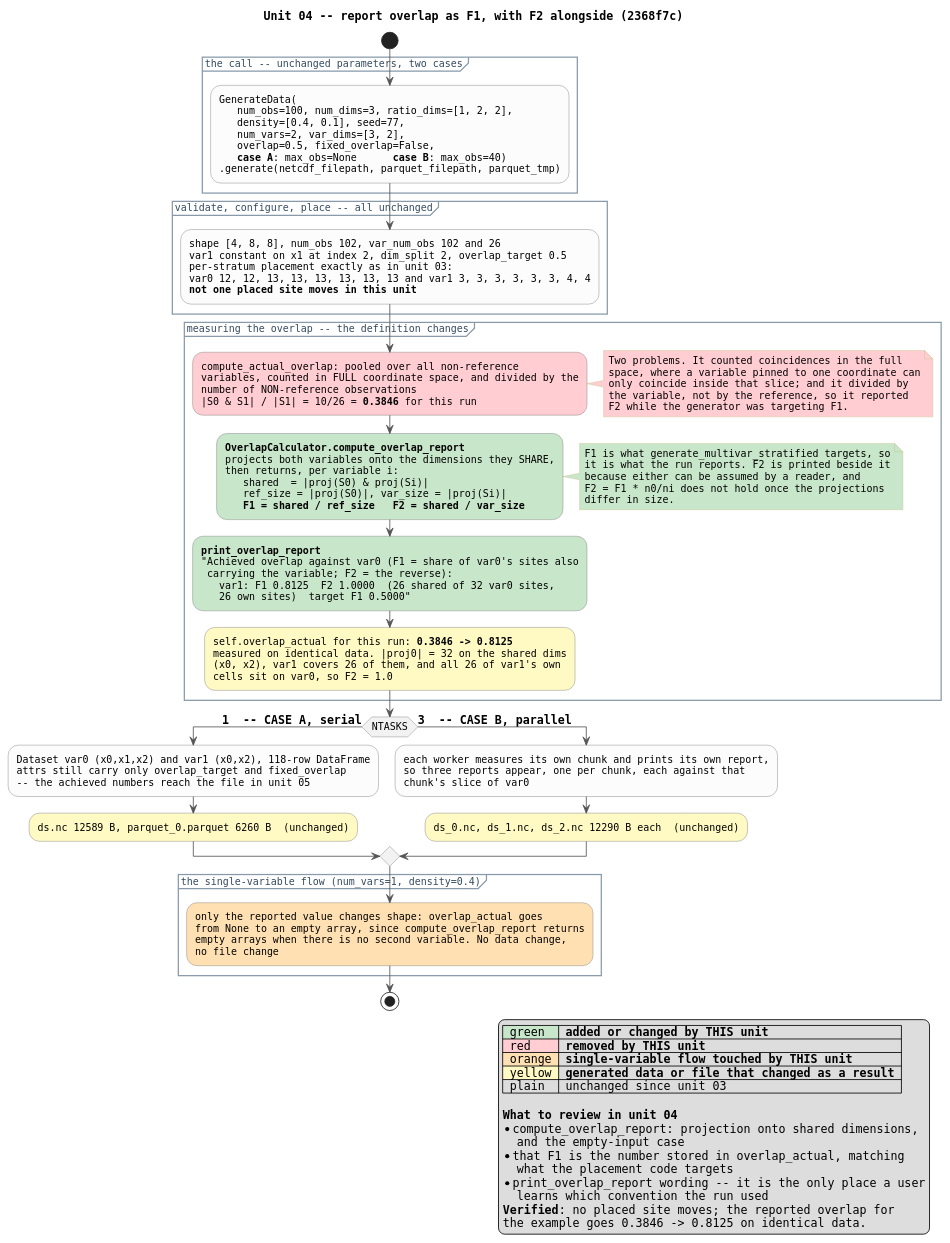
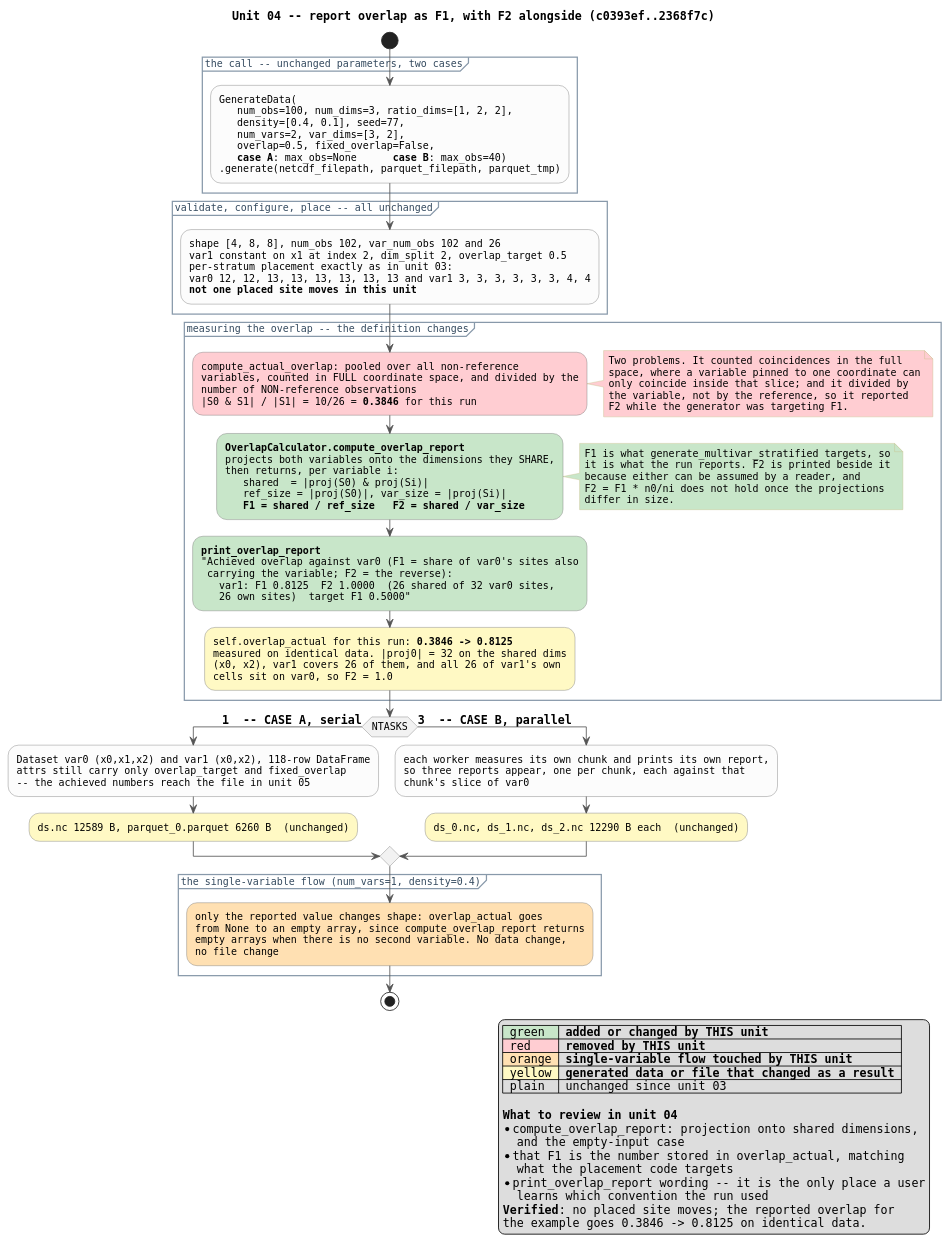
The diagram in docs/review_04_overlap_f1.puml (boom-lab/tabray), drawn with PlantUML before and after one commit. The commit also changed 19 other files, not shown here.

Commit message:
update puml diagrams for review

```diff
--- a/docs/review_04_overlap_f1.puml
+++ b/docs/review_04_overlap_f1.puml
@@ -1,123 +1,123 @@
 @startuml review_04_overlap_f1
 ' Review unit 04 of 15 -- see docs/review_diagrams.md for the series.
 ' State AFTER commits 5199b5e, 2368f7c (src +262/-57 plus a 686-line diagnostics note).
 ' Every number below is from a run of the two cases at commit 2368f7c.
 ' Render: plantuml docs/review_04_overlap_f1.puml
 
-title Unit 04 -- report overlap as F1, with F2 alongside (2368f7c)
+title Unit 04 -- report overlap as F1, with F2 alongside (c0393ef..2368f7c)
 
 skinparam shadowing false
 skinparam defaultFontName Monospaced
 skinparam defaultFontSize 12
 skinparam ArrowColor #555555
 skinparam activity {
   BackgroundColor #FCFCFC
   BorderColor #777777
   DiamondBackgroundColor #F2F2F2
   DiamondBorderColor #777777
 }
 skinparam partition {
   BorderColor #8899AA
   FontColor #33495E
 }
 skinparam note {
   BackgroundColor #FFFDF0
   BorderColor #C8C08A
 }
 
 start
 
 partition "the call -- unchanged parameters, two cases" {
   :GenerateData(
      num_obs=100, num_dims=3, ratio_dims=[1, 2, 2],
      density=[0.4, 0.1], seed=77,
      num_vars=2, var_dims=[3, 2],
      overlap=0.5, fixed_overlap=False,
      <b>case A</b>: max_obs=None      <b>case B</b>: max_obs=40)
   .generate(netcdf_filepath, parquet_filepath, parquet_tmp);
 }
 
 partition "validate, configure, place -- all unchanged" {
   :shape [4, 8, 8], num_obs 102, var_num_obs 102 and 26
   var1 constant on x1 at index 2, dim_split 2, overlap_target 0.5
   per-stratum placement exactly as in unit 03:
   var0 12, 12, 13, 13, 13, 13, 13, 13 and var1 3, 3, 3, 3, 3, 3, 4, 4
   <b>not one placed site moves in this unit</b>;
 }
 
 partition "measuring the overlap -- the definition changes" {
   #FFCDD2:compute_actual_overlap: pooled over all non-reference
   variables, counted in FULL coordinate space, and divided by the
   number of NON-reference observations
   |S0 & S1| / |S1| = 10/26 = <b>0.3846</b> for this run;
   note right #FFCDD2
     Two problems. It counted coincidences in the full
     space, where a variable pinned to one coordinate can
     only coincide inside that slice; and it divided by
     the variable, not by the reference, so it reported
     F2 while the generator was targeting F1.
   end note
   #C8E6C9:<b>OverlapCalculator.compute_overlap_report</b>
   projects both variables onto the dimensions they SHARE,
   then returns, per variable i:
      shared  = |proj(S0) & proj(Si)|
      ref_size = |proj(S0)|, var_size = |proj(Si)|
      <b>F1 = shared / ref_size</b>   <b>F2 = shared / var_size</b>;
   note right #C8E6C9
     F1 is what generate_multivar_stratified targets, so
     it is what the run reports. F2 is printed beside it
     because either can be assumed by a reader, and
     F2 = F1 * n0/ni does not hold once the projections
     differ in size.
   end note
   #C8E6C9:<b>print_overlap_report</b>
   "Achieved overlap against var0 (F1 = share of var0's sites also
    carrying the variable; F2 = the reverse):
      var1: F1 0.8125  F2 1.0000  (26 shared of 32 var0 sites,
      26 own sites)  target F1 0.5000";
   #FFF9C4:self.overlap_actual for this run: <b>0.3846 -> 0.8125</b>
   measured on identical data. |proj0| = 32 on the shared dims
   (x0, x2), var1 covers 26 of them, and all 26 of var1's own
   cells sit on var0, so F2 = 1.0;
 }
 
 if (NTASKS) then (== 1  -- CASE A, serial)
   :Dataset var0 (x0,x1,x2) and var1 (x0,x2), 118-row DataFrame
   attrs still carry only overlap_target and fixed_overlap
   -- the achieved numbers reach the file in unit 05;
   #FFF9C4:ds.nc 12589 B, parquet_0.parquet 6260 B  (unchanged);
 else (== 3  -- CASE B, parallel)
   :each worker measures its own chunk and prints its own report,
   so three reports appear, one per chunk, each against that
   chunk's slice of var0;
   #FFF9C4:ds_0.nc, ds_1.nc, ds_2.nc 12290 B each  (unchanged);
 endif
 
 partition "the single-variable flow (num_vars=1, density=0.4)" {
   #FFE0B2:only the reported value changes shape: overlap_actual goes
   from None to an empty array, since compute_overlap_report returns
   empty arrays when there is no second variable. No data change,
   no file change;
 }
 
 stop
 
 legend right
   |<#C8E6C9> green |= added or changed by THIS unit |
   |<#FFCDD2> red |= removed by THIS unit |
   |<#FFE0B2> orange |= single-variable flow touched by THIS unit |
   |<#FFF9C4> yellow |= generated data or file that changed as a result |
   | plain | unchanged since unit 03 |
 
   <b>What to review in unit 04</b>
   * compute_overlap_report: projection onto shared dimensions,
     and the empty-input case
   * that F1 is the number stored in overlap_actual, matching
     what the placement code targets
   * print_overlap_report wording -- it is the only place a user
     learns which convention the run used
   <b>Verified</b>: no placed site moves; the reported overlap for
   the example goes 0.3846 -> 0.8125 on identical data.
 end legend
 
 @enduml
```
